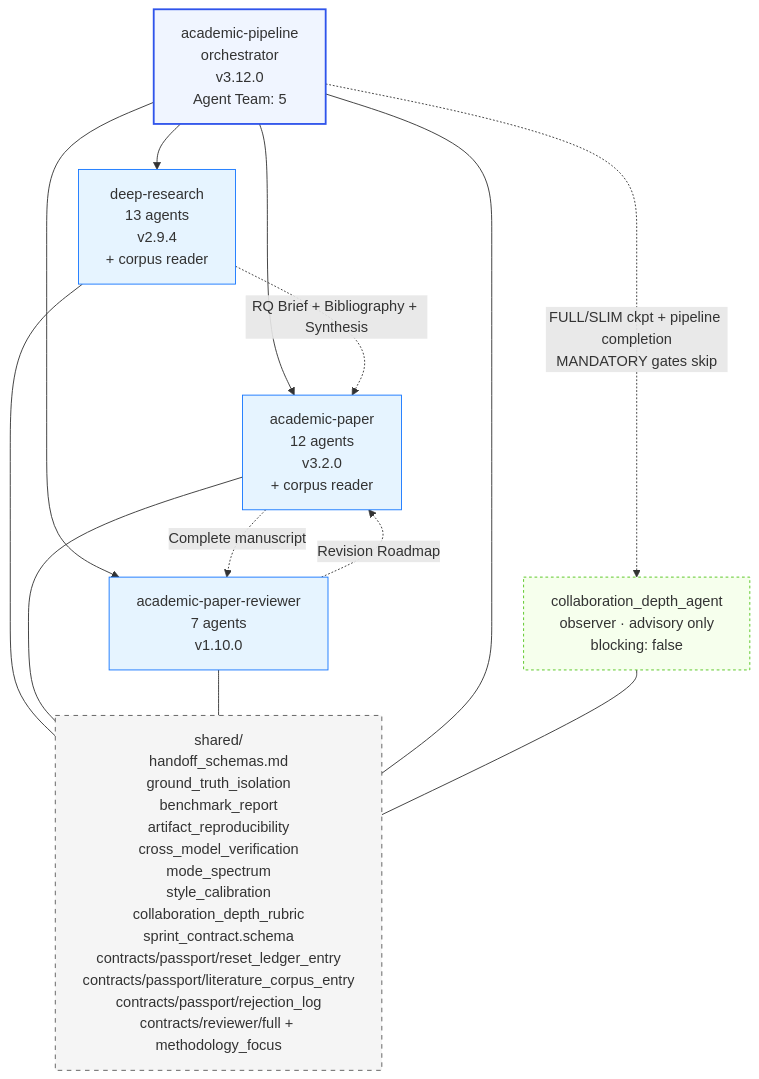
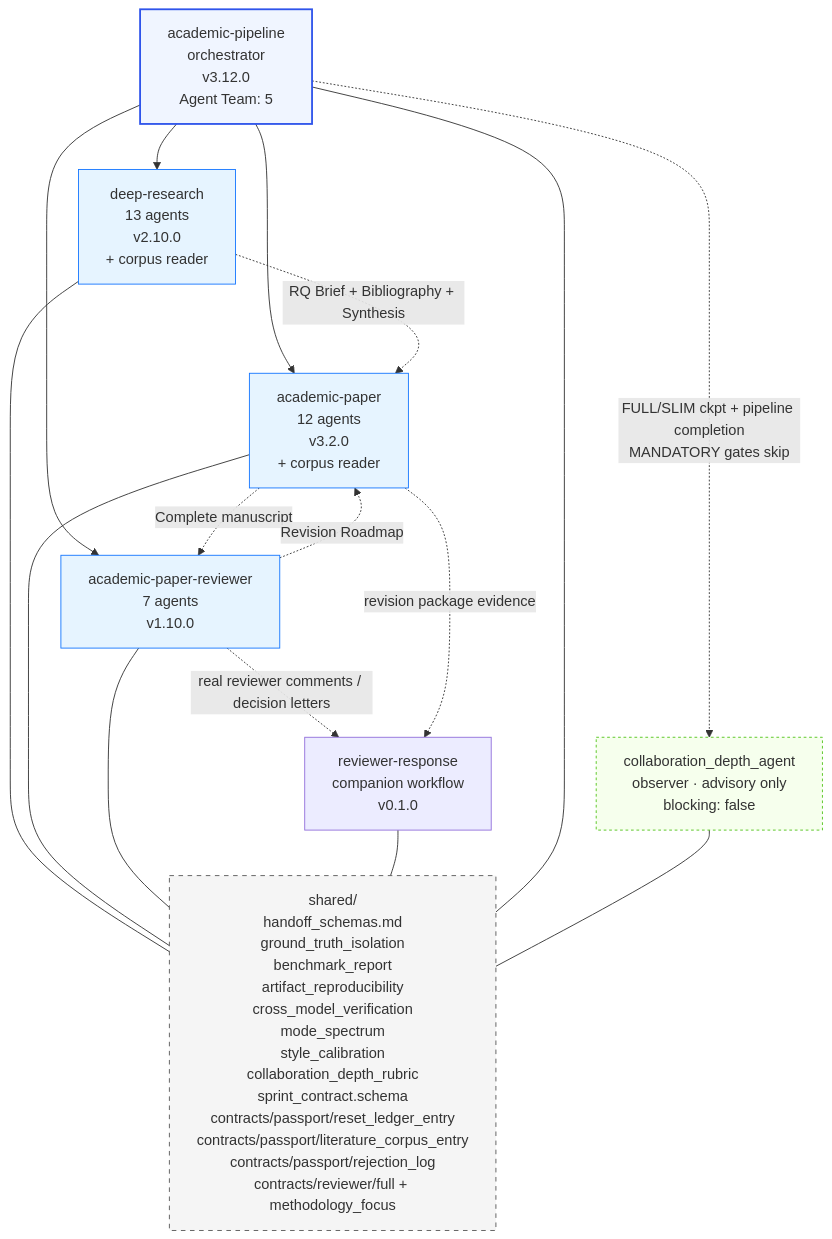
The fourth of 5 diagrams in docs/ARCHITECTURE.md (Imbad0202/academic-research-skills), drawn with Mermaid before and after one commit. The commit also changed other lines of this file and 14 other files, not shown here.

Commit message:
Add reviewer-response skill and deep-research 3W scan mode

````diff
--- a/docs/ARCHITECTURE.md
+++ b/docs/ARCHITECTURE.md
@@ -201,31 +201,35 @@
 ```mermaid
 graph TD
     Pipeline[academic-pipeline<br/>orchestrator<br/>v3.12.0<br/>Agent Team: 5]
     Observer[collaboration_depth_agent<br/>observer · advisory only<br/>blocking: false]
-    DR[deep-research<br/>13 agents<br/>v2.9.4<br/>+ corpus reader]
+    DR[deep-research<br/>13 agents<br/>v2.10.0<br/>+ corpus reader]
     AP[academic-paper<br/>12 agents<br/>v3.2.0<br/>+ corpus reader]
     APR[academic-paper-reviewer<br/>7 agents<br/>v1.10.0]
+    NR[reviewer-response<br/>companion workflow<br/>v0.1.0]
     Shared[shared/<br/>handoff_schemas.md<br/>ground_truth_isolation<br/>benchmark_report<br/>artifact_reproducibility<br/>cross_model_verification<br/>mode_spectrum<br/>style_calibration<br/>collaboration_depth_rubric<br/>sprint_contract.schema<br/>contracts/passport/reset_ledger_entry<br/>contracts/passport/literature_corpus_entry<br/>contracts/passport/rejection_log<br/>contracts/reviewer/full + methodology_focus]
 
     Pipeline --> DR
     Pipeline --> AP
     Pipeline --> APR
     Pipeline -. "FULL/SLIM ckpt + pipeline completion<br/>MANDATORY gates skip" .-> Observer
     DR -. "RQ Brief + Bibliography + Synthesis" .-> AP
     AP -. "Complete manuscript" .-> APR
     APR -. "Revision Roadmap" .-> AP
+    APR -. "real reviewer comments / decision letters" .-> NR
+    AP -. "revision package evidence" .-> NR
     DR --- Shared
     AP --- Shared
     APR --- Shared
+    NR --- Shared
     Pipeline --- Shared
     Observer --- Shared
 
     classDef orch fill:#f0f5ff,stroke:#2f54eb,stroke-width:2px
     classDef skill fill:#e6f4ff,stroke:#1677ff
     classDef shared fill:#f5f5f5,stroke:#595959,stroke-dasharray:5 5
     classDef observer fill:#f6ffed,stroke:#52c41a,stroke-dasharray:3 3
     class Pipeline orch
     class DR,AP,APR skill
     class Shared shared
     class Observer observer
 ```
````
